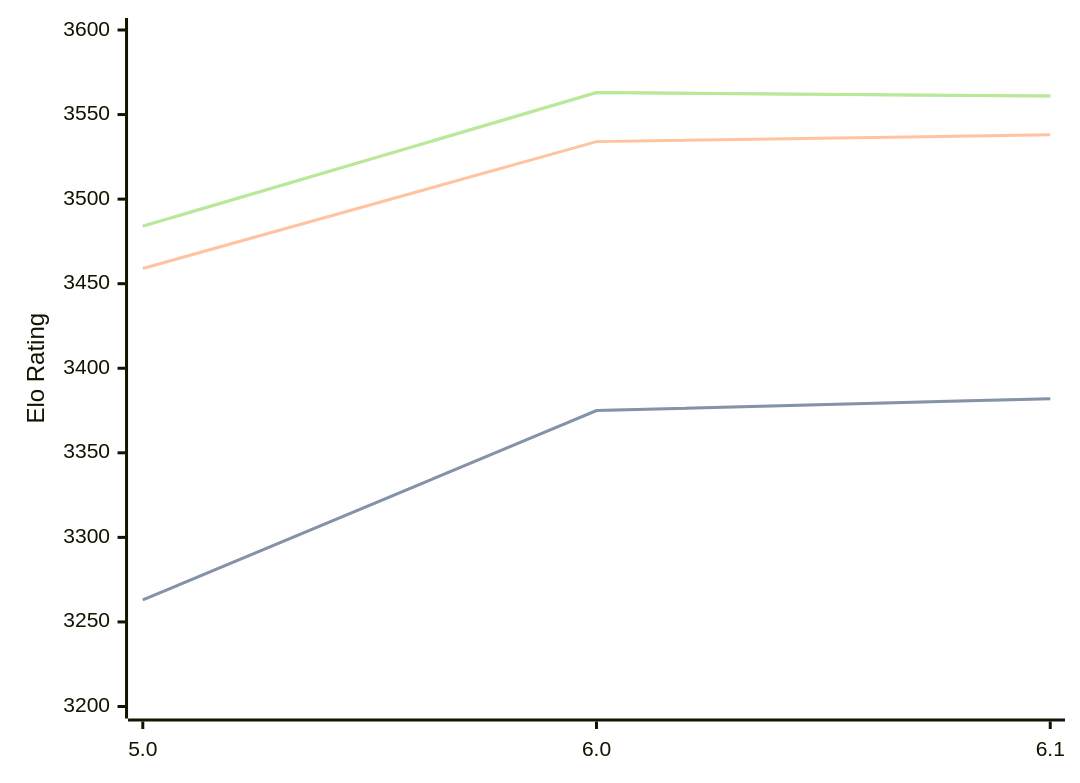
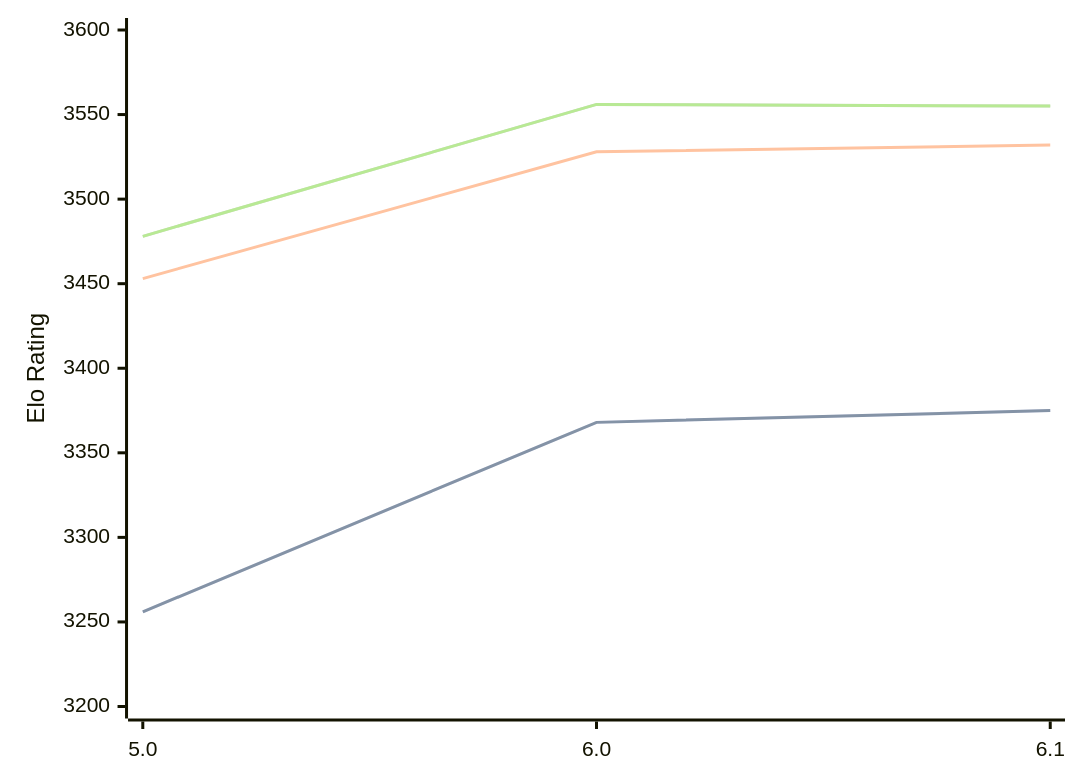
Before and after one commit to computer-chess-index/cci: the diagram in engines/Starzix.md, drawn with Mermaid. The commit also changed other lines of this file, not shown here.

Commit message:
Update CCI Ratings (ELO VLTC) - 2026-05-18

````diff
--- a/engines/Starzix.md
+++ b/engines/Starzix.md
@@ -37,11 +37,11 @@
 ```mermaid
 %%{init: {"theme":"base","themeVariables":{"seriesColors:['#a3a3a3','#222221','#faa371']}}}%%
 xychart-beta
   x-axis ["5.0", "6.0", "6.1"]
   y-axis "Elo Rating" 3200 --> 3600
-  line "STC (8.0+0.08s)" [3263, 3375, 3382]
-  line "STC (8.0+0.08s)" [3263, 3375, 3382]
-  line "LTC (60.0+0.60s)" [3459, 3534, 3538]
-  line "VLTC (2m24s+1.12s)" [3484, 3563, 3561]
-  line "VLTC (2m24s+1.12s)" [3484, 3563, 3561]
+  line "STC (8.0+0.08s)" [3256, 3368, 3375]
+  line "STC (8.0+0.08s)" [3256, 3368, 3375]
+  line "LTC (60.0+0.60s)" [3453, 3528, 3532]
+  line "VLTC (2m24s+1.12s)" [3478, 3556, 3555]
+  line "VLTC (2m24s+1.12s)" [3478, 3556, 3555]
 ```
````
